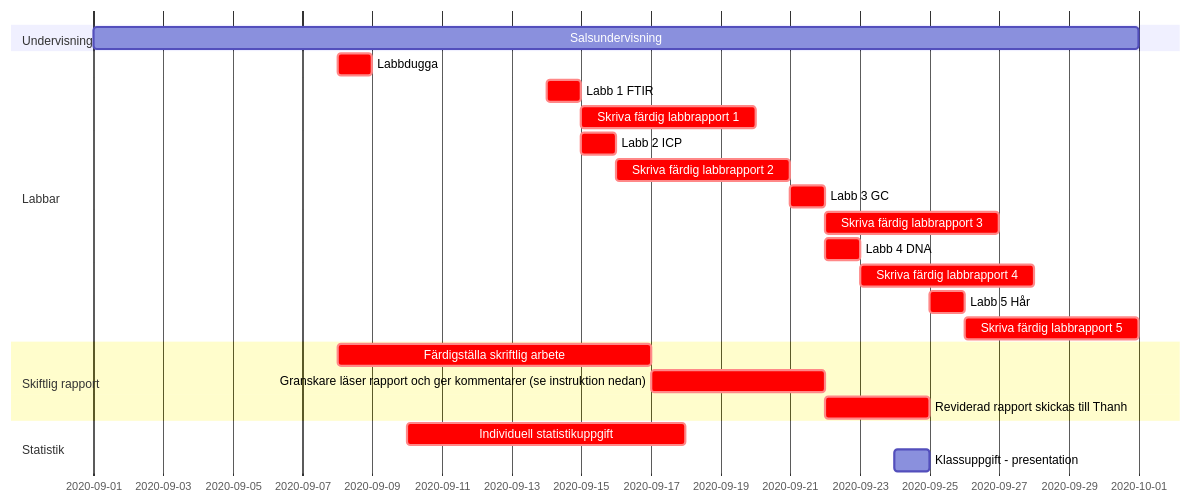
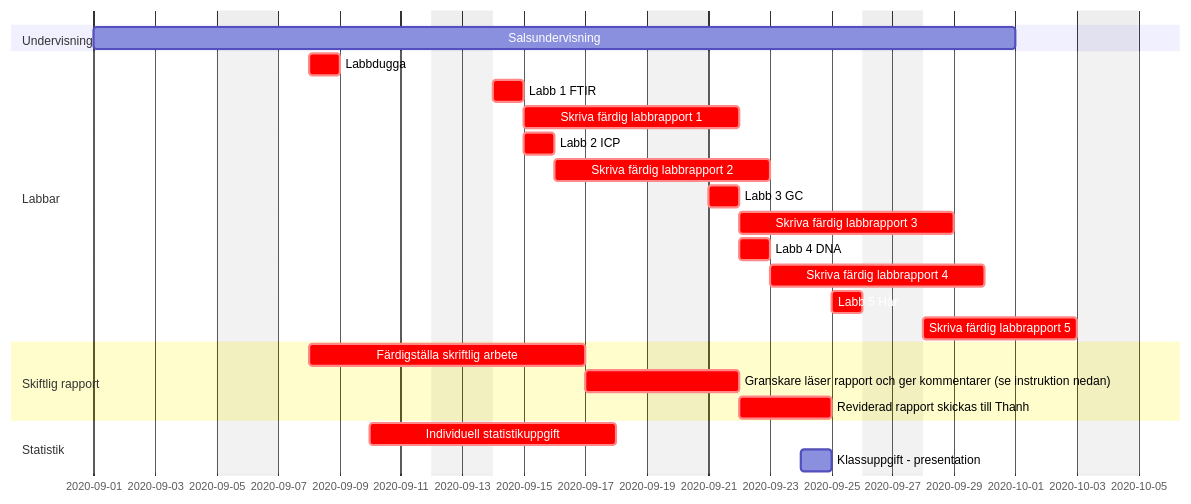
One commit to WBS-TW/KE201G changed the diagram in content/kursupplägg/gantt/gantt.md. Above: the diagram before and after it, drawn with Mermaid. The commit also changed other lines of this file and 13 other files, not shown here.

````diff
--- a/content/kursupplägg/gantt/gantt.md
+++ b/content/kursupplägg/gantt/gantt.md
@@ -30,29 +36,30 @@
 ```mermaid
 gantt
   dateFormat  YYYY-MM-DD
+  excludes weekdays saturday,sunday
   
   section Undervisning
   Salsundervisning: 2020-09-01, 2020-10-01
   
   section Labbar
   Labbdugga: crit, LD, 2020-09-08, 1d
   Labb 1 FTIR: crit, L1, 2020-09-14, 1d
   Skriva färdig labbrapport 1: crit, after L1, 5d
   Labb 2 ICP: crit, L2, 2020-09-15, 1d
   Skriva färdig labbrapport 2: crit, after L2, 5d
   Labb 3 GC: crit, L3, 2020-09-21, 1d
   Skriva färdig labbrapport 3: crit, after L3, 5d
   Labb 4 DNA: crit, L4, 2020-09-22, 1d
   Skriva färdig labbrapport 4: crit, after L4, 5d
   Labb 5 Hår: crit, L5, 2020-09-25, 1d 
   Skriva färdig labbrapport 5: crit, after L5, 5d
   
   section Skiftlig rapport
   Färdigställa skriftlig arbete: crit, 2020-09-08, 2020-09-17
   Granskare läser rapport och ger kommentarer (se instruktion nedan): crit, 2020-09-17, 2020-09-22
   Reviderad rapport skickas till Thanh: crit, 2020-09-22, 2020-09-25  
   
   section Statistik
   Individuell statistikuppgift: crit, 2020-09-10, 2020-09-18
   Klassuppgift - presentation: 2020-09-24, 1d
 ```
````
